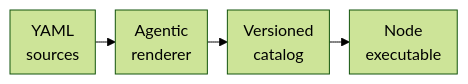
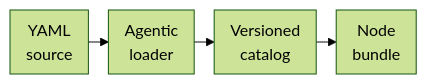
Before and after one commit to fireflyframework/firefly-agent-bridge: the diagram in docs/prompts.md, drawn with Mermaid (forest theme).

Commit message:
Give pipeline labels enough reading space on small screens

````diff
--- a/docs/prompts.md
+++ b/docs/prompts.md
@@ -11,7 +11,7 @@
 ```mermaid
 %%{init: {"flowchart": {"rankSpacing": 20, "padding": 8}}}%%
 flowchart LR
-  A["YAML<br/>sources"] --> B["Agentic<br/>renderer"]
+  A["YAML<br/>source"] --> B["Agentic<br/>loader"]
   B --> C["Versioned<br/>catalog"]
-  C --> D["Node<br/>executable"]
+  C --> D["Node<br/>bundle"]
 ```
````
